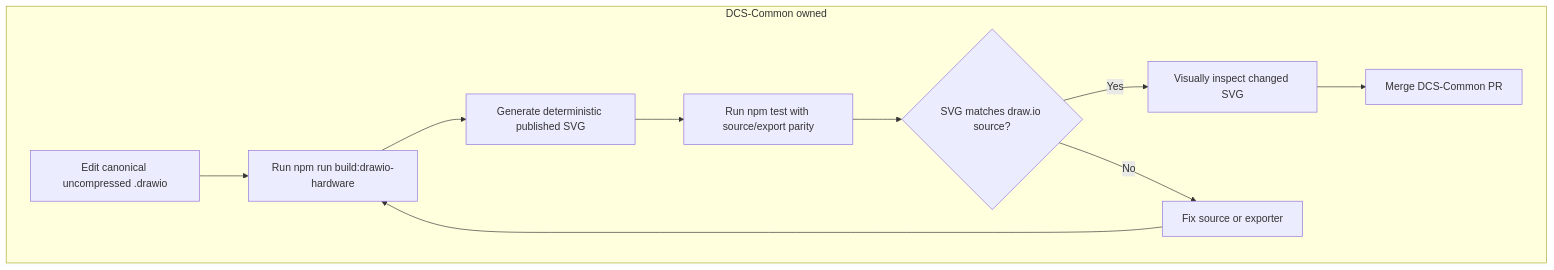
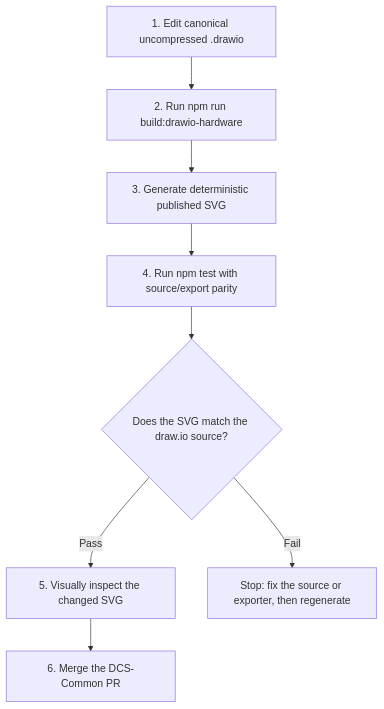
Before and after one commit to ScottyMac52/DCS-Common: the first of 2 diagrams in README.md, drawn with Mermaid.

Commit message:
docs: make authoring workflow diagram readable

````diff
--- a/README.md
+++ b/README.md
@@ -33,17 +33,15 @@
 ```mermaid
-flowchart TD
-  subgraph common["DCS-Common owned"]
-    edit["Edit canonical uncompressed .drawio"]
-    build["Run npm run build:drawio-hardware"]
-    svg["Generate deterministic published SVG"]
-    test["Run npm test with source/export parity"]
-    parity{"SVG matches draw.io source?"}
-    inspect["Visually inspect changed SVG"]
-    merge["Merge DCS-Common PR"]
-    fix["Fix source or exporter"]
-  end
+flowchart TB
+  source["1. Edit canonical uncompressed .drawio"]
+  build["2. Run npm run build:drawio-hardware"]
+  output["3. Generate deterministic published SVG"]
+  checks["4. Run npm test with source/export parity"]
+  gate{"Does the SVG match the draw.io source?"}
+  inspect["5. Visually inspect the changed SVG"]
+  merge["6. Merge the DCS-Common PR"]
+  blocked["Stop: fix the source or exporter, then regenerate"]
 
-  edit --> build --> svg --> test --> parity
-  parity -- Yes --> inspect --> merge
-  parity -- No --> fix --> build
+  source --> build --> output --> checks --> gate
+  gate -- Pass --> inspect --> merge
+  gate -- Fail --> blocked
 ```
````
